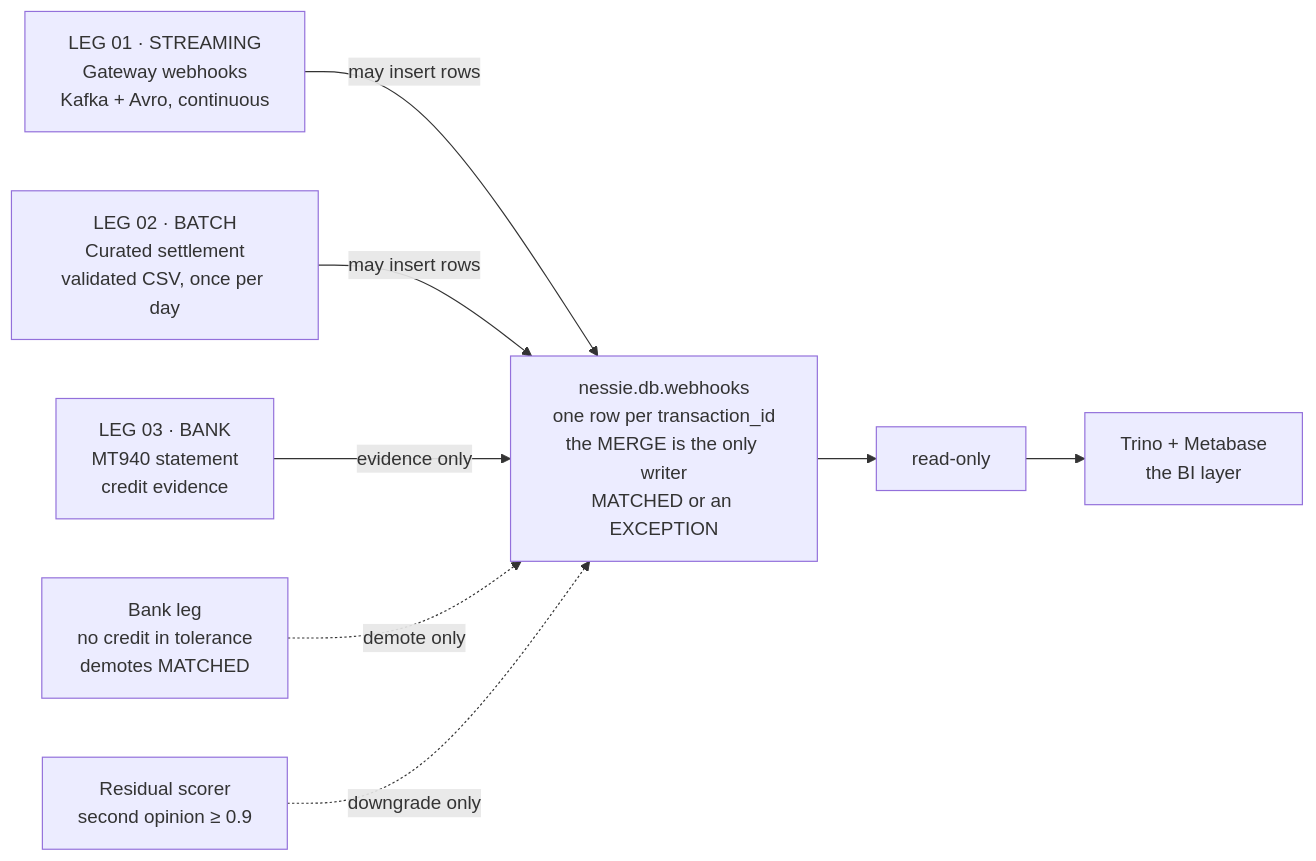
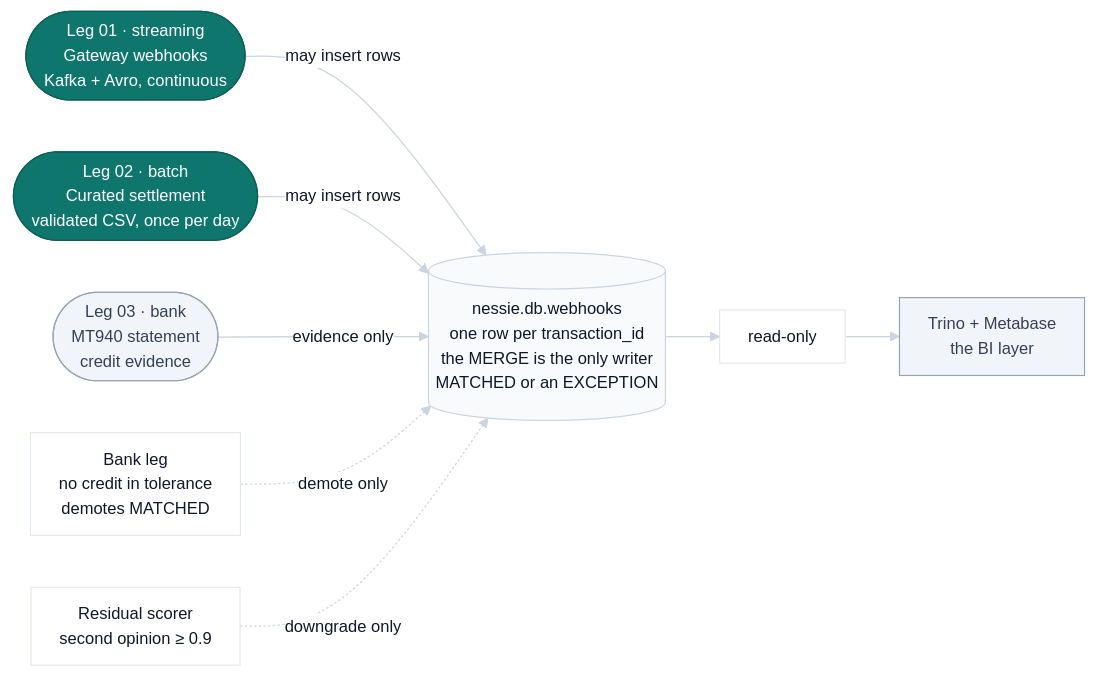
One commit to DhanushPillay/tx-recon changed the first of 2 diagrams in docs/ARCHITECTURE.md. Above: the diagram before and after it, drawn with Mermaid. The commit also changed other lines of this file and 1 other file, not shown here.

First line of the commit message:
docs: give the three diagrams a palette instead of Mermaid's defaults

````diff
--- a/docs/ARCHITECTURE.md
+++ b/docs/ARCHITECTURE.md
@@ -15,20 +15,26 @@
 ```mermaid
+%%{init: {"theme": "base", "themeVariables": {"fontFamily": "Inter, Segoe UI, system-ui, sans-serif", "fontSize": "14px", "primaryColor": "#FFFFFF", "primaryTextColor": "#0F172A", "primaryBorderColor": "#E2E8F0", "lineColor": "#CBD5E1", "secondaryColor": "#F8FAFC", "tertiaryColor": "#F1F5F9", "clusterBkg": "#FCFCFD", "clusterBorder": "#EEF2F7", "edgeLabelBackground": "#FFFFFF", "mainBkg": "#FFFFFF", "titleColor": "#0F172A"}, "flowchart": {"curve": "basis", "nodeSpacing": 44, "rankSpacing": 46, "padding": 12, "useMaxWidth": true}}}%%
 flowchart LR
-  L1["LEG 01 · STREAMING<br/>Gateway webhooks<br/>Kafka + Avro, continuous"]
-  L2["LEG 02 · BATCH<br/>Curated settlement<br/>validated CSV, once per day"]
-  L3["LEG 03 · BANK<br/>MT940 statement<br/>credit evidence"]
+  L1(["Leg 01 · streaming<br/>Gateway webhooks<br/>Kafka + Avro, continuous"]):::ing
+  L2(["Leg 02 · batch<br/>Curated settlement<br/>validated CSV, once per day"]):::ing
+  L3(["Leg 03 · bank<br/>MT940 statement<br/>credit evidence"]):::serve
 
-  T["nessie.db.webhooks<br/>one row per transaction_id<br/>the MERGE is the only writer<br/>MATCHED or an EXCEPTION"]
+  T[("nessie.db.webhooks<br/>one row per transaction_id<br/>the MERGE is the only writer<br/>MATCHED or an EXCEPTION")]:::store
 
   L1 -->|"may insert rows"| T
   L2 -->|"may insert rows"| T
   L3 -->|"evidence only"| T
 
   BL["Bank leg<br/>no credit in tolerance<br/>demotes MATCHED"]
   RS["Residual scorer<br/>second opinion ≥ 0.9"]
   BL -.->|"demote only"| T
   RS -.->|"downgrade only"| T
 
   T --> RO["read-only"]
-  RO --> BI["Trino + Metabase<br/>the BI layer"]
+  RO --> BI["Trino + Metabase<br/>the BI layer"]:::serve
+
+  classDef ing fill:#0F766E,stroke:#0B5F58,color:#FFFFFF,stroke-width:1px;
+  classDef store fill:#F8FAFC,stroke:#CBD5E1,color:#0F172A,stroke-width:1px;
+  classDef serve fill:#F1F5F9,stroke:#94A3B8,color:#334155,stroke-width:1px;
+  linkStyle default stroke:#CBD5E1,stroke-width:1.1px;
 ```
````
